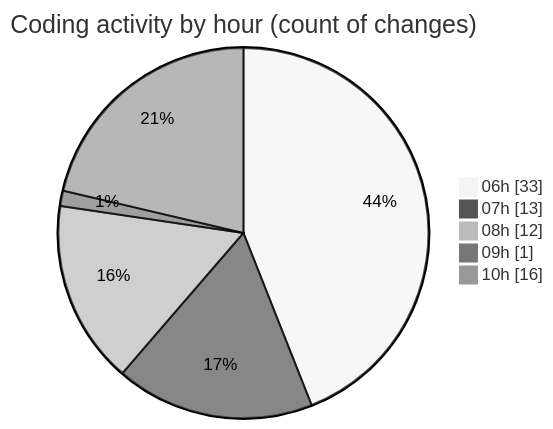
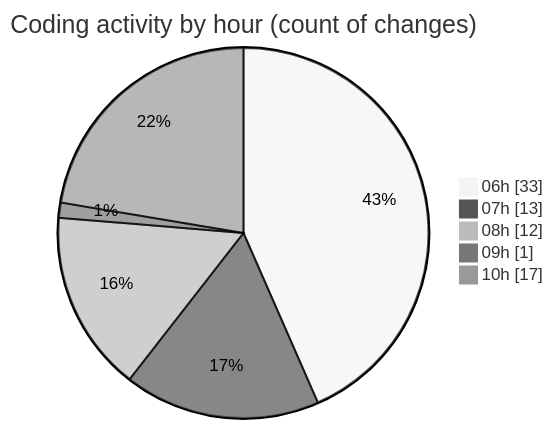
One commit to charlie-sans/code-tracking changed the second of 2 diagrams in 2025-02-21/micros/README.md. Above: the diagram before and after it, drawn with Mermaid (neutral theme). The commit also changed other lines of this file and 1 other file, not shown here.

````diff
--- a/2025-02-21/micros/README.md
+++ b/2025-02-21/micros/README.md
@@ -70,9 +70,9 @@
 ```mermaid
 pie showData
 title Coding activity by hour (count of changes)
 "06h" : 33
 "07h" : 13
 "08h" : 12
 "09h" : 1
-"10h" : 16
+"10h" : 17
 ```
````
